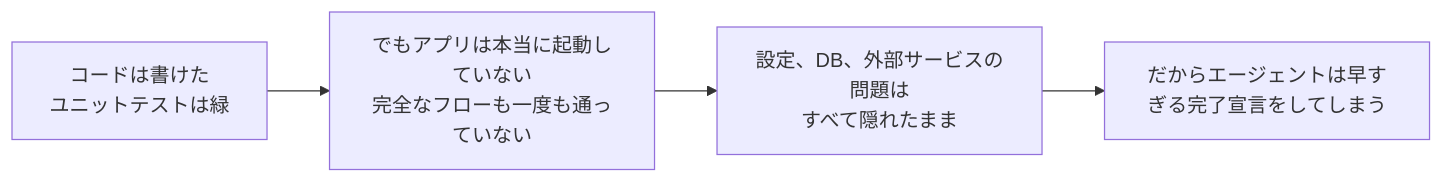
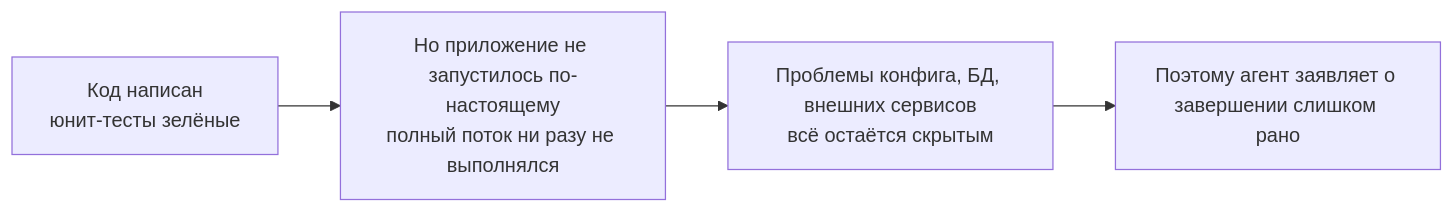
The second of 2 diagrams in docs/ru/lectures/lecture-09-why-agents-declare-victory-too-early/index.md (mkusaka/learn-harness-engineering), drawn with Mermaid before and after one commit. The commit also changed other lines of this file and 684 other files, not shown here.

````diff
--- a/docs/ru/lectures/lecture-09-why-agents-declare-victory-too-early/index.md
+++ b/docs/ru/lectures/lecture-09-why-agents-declare-victory-too-early/index.md
@@ -30,6 +30,6 @@
 ```mermaid
 flowchart LR
-    A["コードは書けた<br/>ユニットテストは緑"] --> B["でもアプリは本当に起動していない<br/>完全なフローも一度も通っていない"]
-    B --> C["設定、DB、外部サービスの問題は<br/>すべて隠れたまま"]
-    C --> D["だからエージェントは早すぎる完了宣言をしてしまう"]
+    A["Код написан<br/>юнит-тесты зелёные"] --> B["Но приложение не запустилось по-настоящему<br/>полный поток ни разу не выполнялся"]
+    B --> C["Проблемы конфига, БД, внешних сервисов<br/>всё остаётся скрытым"]
+    C --> D["Поэтому агент заявляет о завершении слишком рано"]
 ```
````
